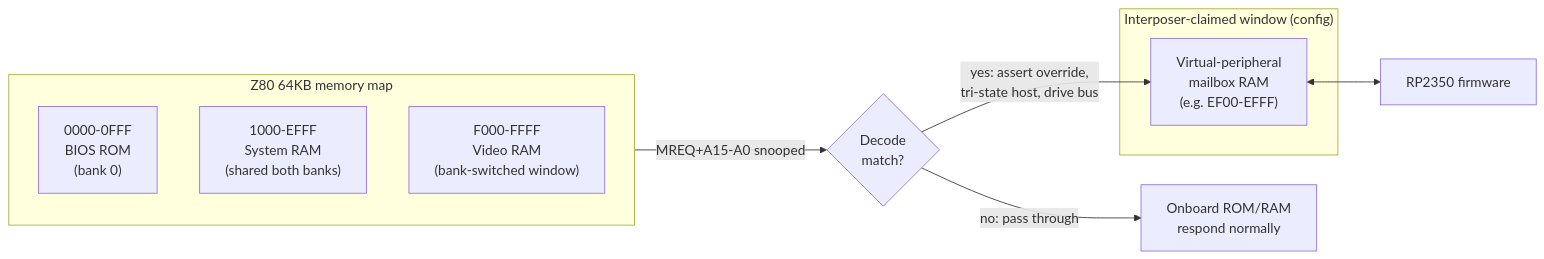
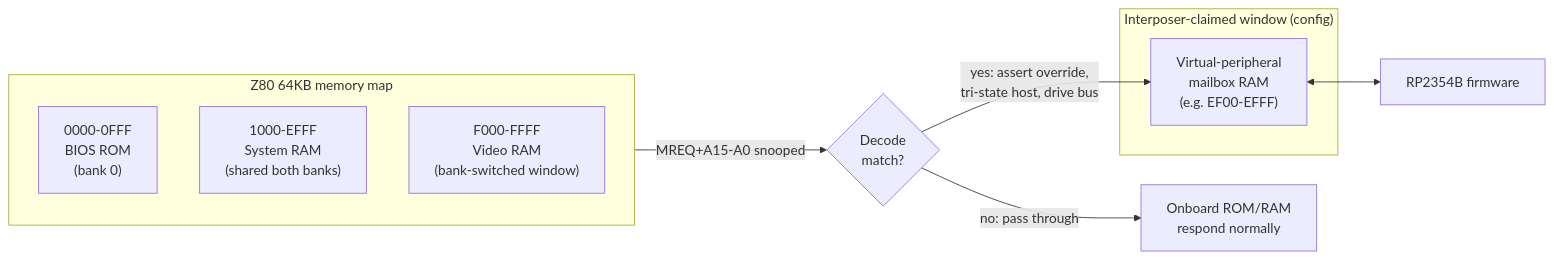
Before and after one commit to Myrcurial/o1next: the second of 4 diagrams in docs/virtual-peripherals-block-diagram.md, drawn with Mermaid. The commit also changed other lines of this file and 41 other files, not shown here.

````diff
--- a/docs/virtual-peripherals-block-diagram.md
+++ b/docs/virtual-peripherals-block-diagram.md
@@ -86,19 +86,19 @@
 ```mermaid
 flowchart LR
     subgraph MAP["Z80 64KB memory map"]
         direction TB
         R0["0000-0FFF<br/>BIOS ROM<br/>(bank 0)"]
         R1["1000-EFFF<br/>System RAM<br/>(shared both banks)"]
         R2["F000-FFFF<br/>Video RAM<br/>(bank-switched window)"]
     end
 
     subgraph VW["Interposer-claimed window (config)"]
         VP["Virtual-peripheral<br/>mailbox RAM<br/>(e.g. EF00-EFFF)"]
     end
 
-    MCU2["RP2350 firmware"]
+    MCU2["RP2354B firmware"]
     MAP -->|"MREQ+A15-A0 snooped"| DEC{"Decode<br/>match?"}
     DEC -->|"no: pass through"| MB2["Onboard ROM/RAM<br/>respond normally"]
     DEC -->|"yes: assert override,<br/>tri-state host, drive bus"| VP
     VP <--> MCU2
 ```
````
